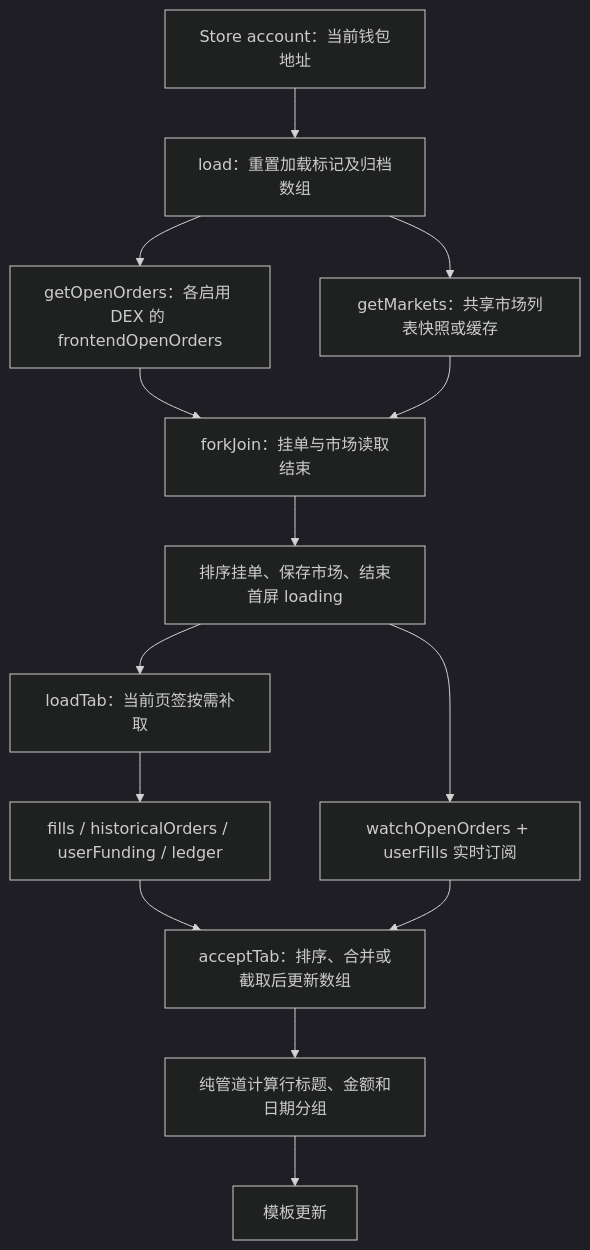
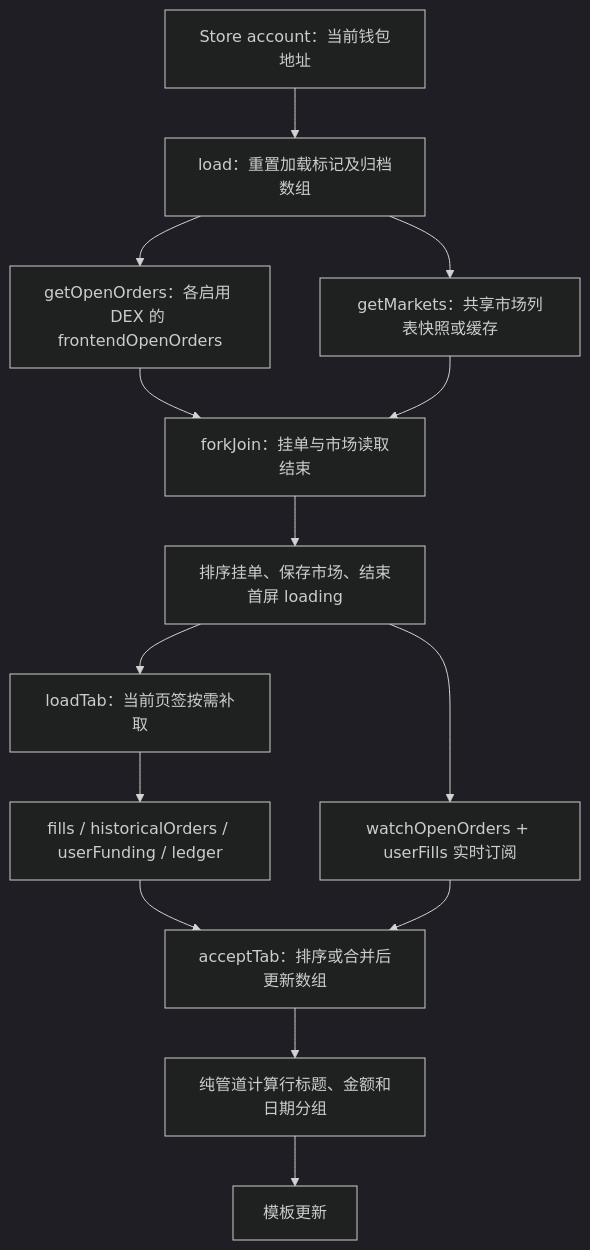
One commit to NeoNEXT/neoline changed the diagram in src/app/popup/perps/perps-history/README.md. Above: the diagram before and after it, drawn with Mermaid (dark theme). The commit also changed other lines of this file and 6 other files, not shown here.

````diff
--- a/src/app/popup/perps/perps-history/README.md
+++ b/src/app/popup/perps/perps-history/README.md
@@ -46,16 +46,16 @@
 ```mermaid
 flowchart TD
   A[Store account：当前钱包地址] --> B[load：重置加载标记及归档数组]
   B --> C[getOpenOrders：各启用 DEX 的 frontendOpenOrders]
   B --> D[getMarkets：共享市场列表快照或缓存]
   C --> E[forkJoin：挂单与市场读取结束]
   D --> E
   E --> F[排序挂单、保存市场、结束首屏 loading]
   F --> G[watchOpenOrders + userFills 实时订阅]
   F --> H[loadTab：当前页签按需补取]
   H --> I[fills / historicalOrders / userFunding / ledger]
-  I --> J[acceptTab：排序、合并或截取后更新数组]
+  I --> J[acceptTab：排序或合并后更新数组]
   G --> J
   J --> K[纯管道计算行标题、金额和日期分组]
   K --> L[模板更新]
 ```
````
